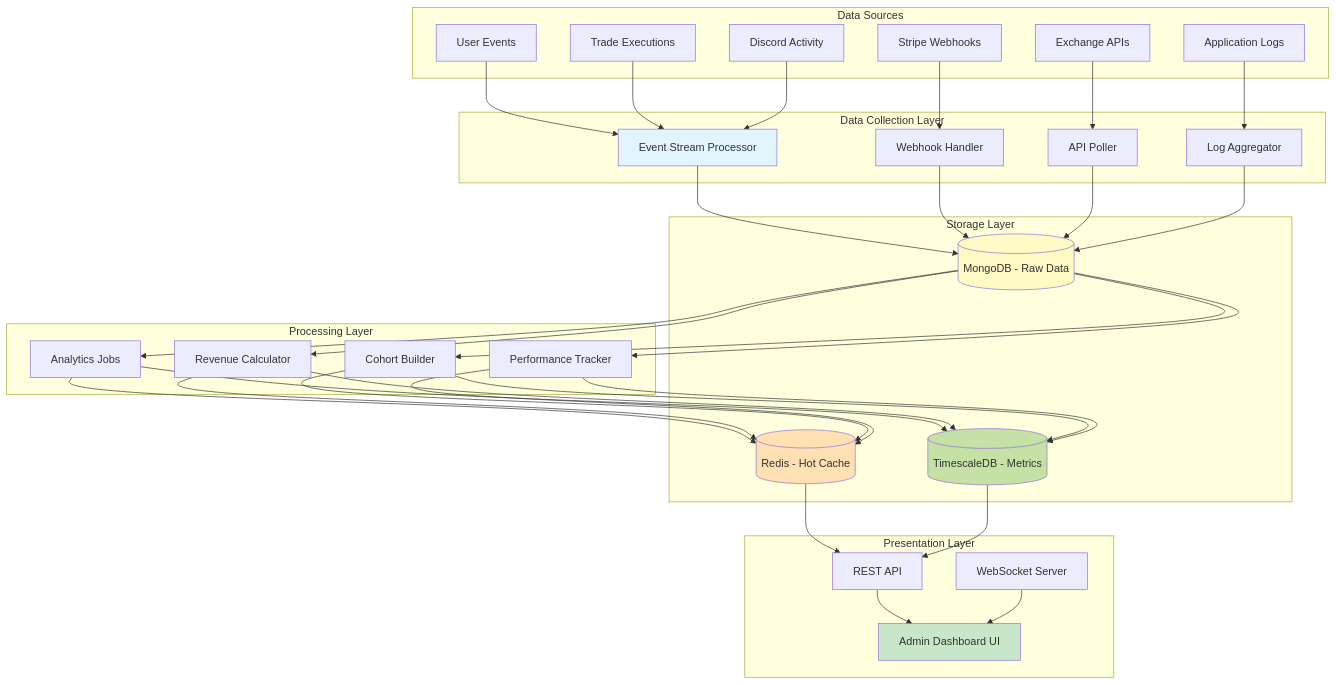
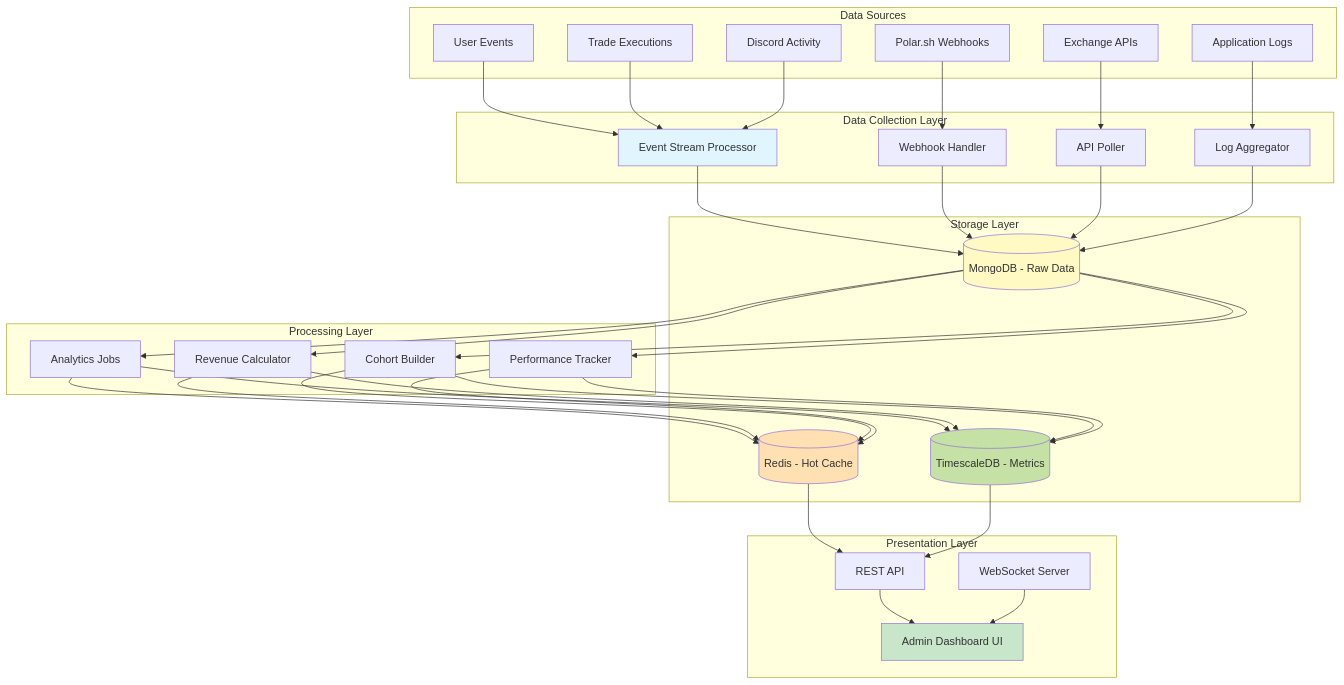
The first of 12 diagrams in docs/diagrams/08-admin-dashboard-dataflow.md (chendrizzy/discord-trade-exec), drawn with Mermaid before and after one commit. The commit also changed other lines of this file and 13 other files, not shown here.

First line of the commit message:
docs: update architecture diagrams with OAuth2 broker auth and WebSocket features

````diff
--- a/docs/diagrams/08-admin-dashboard-dataflow.md
+++ b/docs/diagrams/08-admin-dashboard-dataflow.md
@@ -10,75 +10,75 @@
 ```mermaid
 graph TB
     subgraph "Data Sources"
         A[User Events]
         B[Trade Executions]
-        C[Stripe Webhooks]
+        C[Polar.sh Webhooks]
         D[Exchange APIs]
         E[Discord Activity]
         F[Application Logs]
     end
 
     subgraph "Data Collection Layer"
         G[Event Stream Processor]
         H[Webhook Handler]
         I[API Poller]
         J[Log Aggregator]
     end
 
     subgraph "Storage Layer"
         K[(MongoDB - Raw Data)]
         L[(Redis - Hot Cache)]
         M[(TimescaleDB - Metrics)]
     end
 
     subgraph "Processing Layer"
         N[Analytics Jobs]
         O[Revenue Calculator]
         P[Cohort Builder]
         Q[Performance Tracker]
     end
 
     subgraph "Presentation Layer"
         R[REST API]
         S[WebSocket Server]
         T[Admin Dashboard UI]
     end
 
     A --> G
     B --> G
     C --> H
     D --> I
     E --> G
     F --> J
 
     G --> K
     H --> K
     I --> K
     J --> K
 
     K --> N
     K --> O
     K --> P
     K --> Q
 
     N --> L
     O --> L
     P --> L
     Q --> L
 
     N --> M
     O --> M
     P --> M
     Q --> M
 
     L --> R
     M --> R
     R --> T
     S --> T
 
     style G fill:#e1f5fe
     style K fill:#fff9c4
     style L fill:#ffe0b2
     style M fill:#c5e1a5
     style T fill:#c8e6c9
 ```
````
